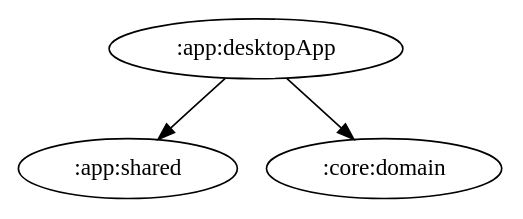
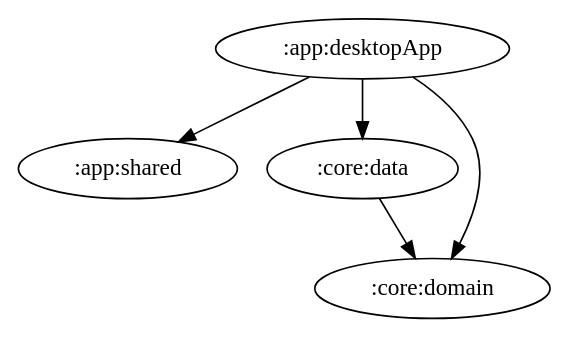
The diagram in docs/graphs/app-desktopApp.gv (ai-kurou/KoDriver), drawn with Graphviz before and after one commit. The commit also changed 7 other files, not shown here.

Commit message:
chore: update module graph images [skip ci]

```diff
--- a/docs/graphs/app-desktopApp.gv
+++ b/docs/graphs/app-desktopApp.gv
@@ -1,4 +1,6 @@
 digraph G {
   ":app:desktopApp" -> ":app:shared"
+  ":app:desktopApp" -> ":core:data"
   ":app:desktopApp" -> ":core:domain"
+  ":core:data" -> ":core:domain"
 }
```
